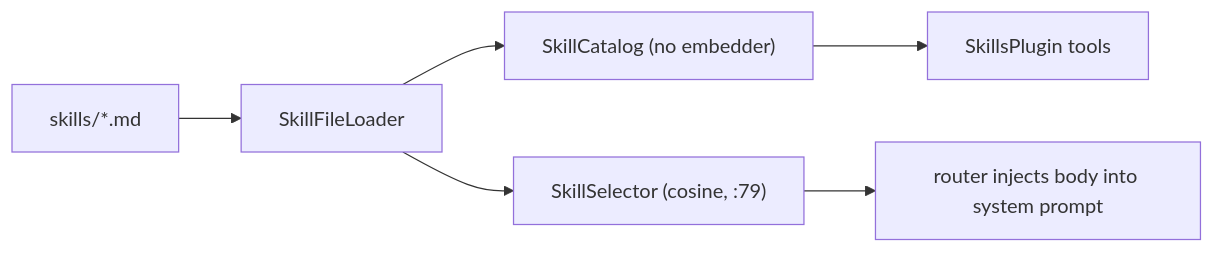
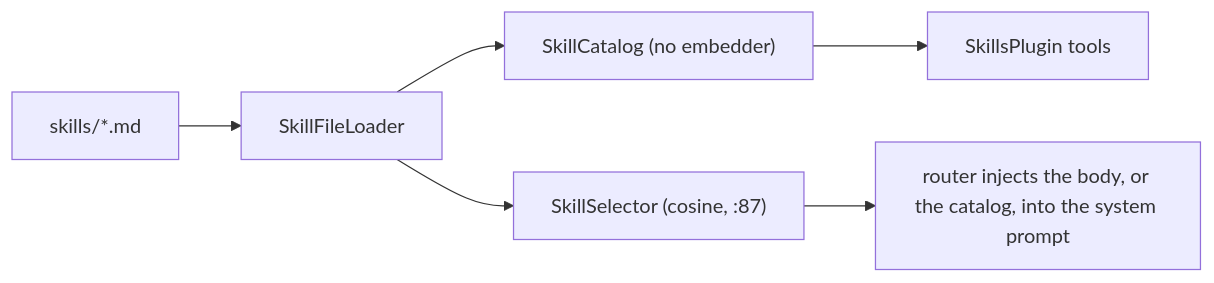
The diagram in vault/pages/services/skills.md (vitorafgomes/scout), drawn with Mermaid before and after one commit. The commit also changed other lines of this file and 12 other files, not shown here.

First line of the commit message:
fix(skills): without embeddings the model chooses the skill from a catalog in the prompt

````diff
--- a/vault/pages/services/skills.md
+++ b/vault/pages/services/skills.md
@@ -39,8 +39,8 @@
 ```mermaid
 flowchart LR
     f["skills/*.md"] --> l["SkillFileLoader"]
     l --> cat["SkillCatalog (no embedder)"]
-    l --> sel["SkillSelector (cosine, :79)"]
+    l --> sel["SkillSelector (cosine, :87)"]
     cat --> pl["SkillsPlugin tools"]
-    sel --> rt["router injects body into system prompt"]
+    sel --> rt["router injects the body, or the catalog, into the system prompt"]
 ```
````
